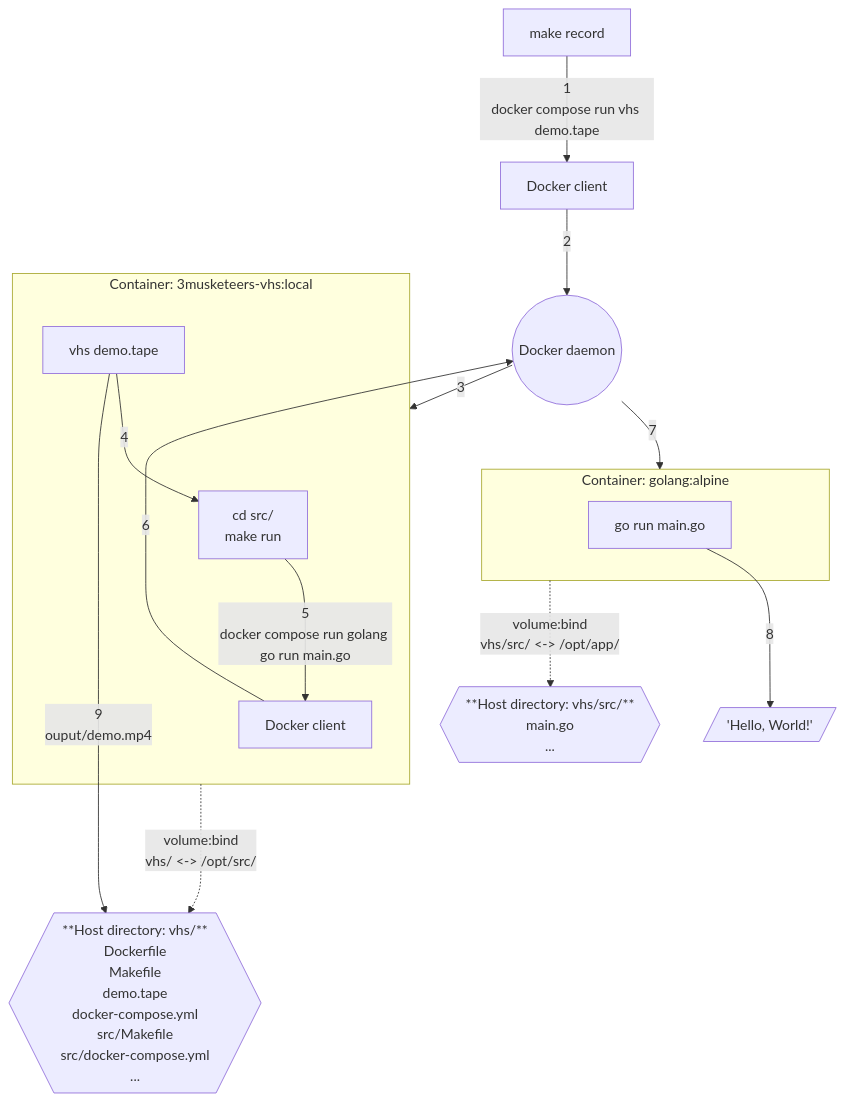
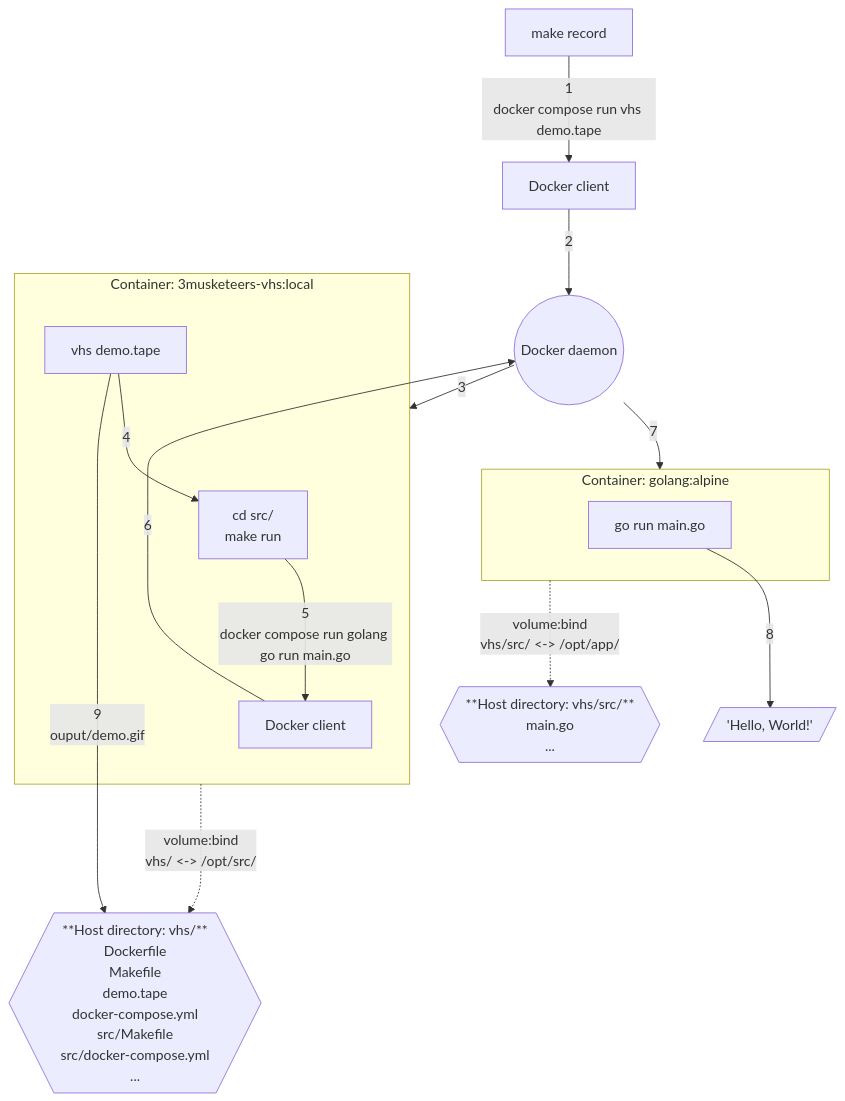
Before and after one commit to flemay/3musketeers: the diagram in vhs/README.md, drawn with Mermaid. The commit also changed other lines of this file and 1 other file, not shown here.

````diff
--- a/vhs/README.md
+++ b/vhs/README.md
@@ -26,31 +33,31 @@
 ```mermaid
 graph TB
     make-record[make record]-->|1\ndocker compose run vhs demo.tape|host-docker-client[Docker client]
     host-docker-client-->|2|docker-daemon((Docker daemon))
     subgraph vhs-local-container [Container: 3musketeers-vhs:local]
     vhs[vhs demo.tape]-->|4|make-run["cd src/
     make run"]
     make-run-->|5\ndocker compose run golang go run main.go|docker-client[Docker client]
     end
     docker-daemon-->|3|vhs-local-container
     docker-client-->|6|docker-daemon
     dir-vhs{{"**Host directory: vhs/**
     Dockerfile
     Makefile
     demo.tape
     docker-compose.yml
     src/Makefile
     src/docker-compose.yml
     ..."}}
     vhs-local-container-...->|volume:bind\nvhs/ <-> /opt/src/|dir-vhs
     docker-daemon-->|7|golang-alpine-container
     subgraph golang-alpine-container [Container: golang:alpine]
         go-run[go run main.go]
     end
     dir-vhs-src{{"**Host directory: vhs/src/**
     main.go
     ..."}}
     golang-alpine-container-.->|volume:bind\nvhs/src/ <-> /opt/app/|dir-vhs-src
     go-run-->|8|hello-world[/'Hello, World!'/]
-    vhs-->|9\nouput/demo.mp4|dir-vhs
+    vhs-->|9\nouput/demo.gif|dir-vhs
 ```
````
